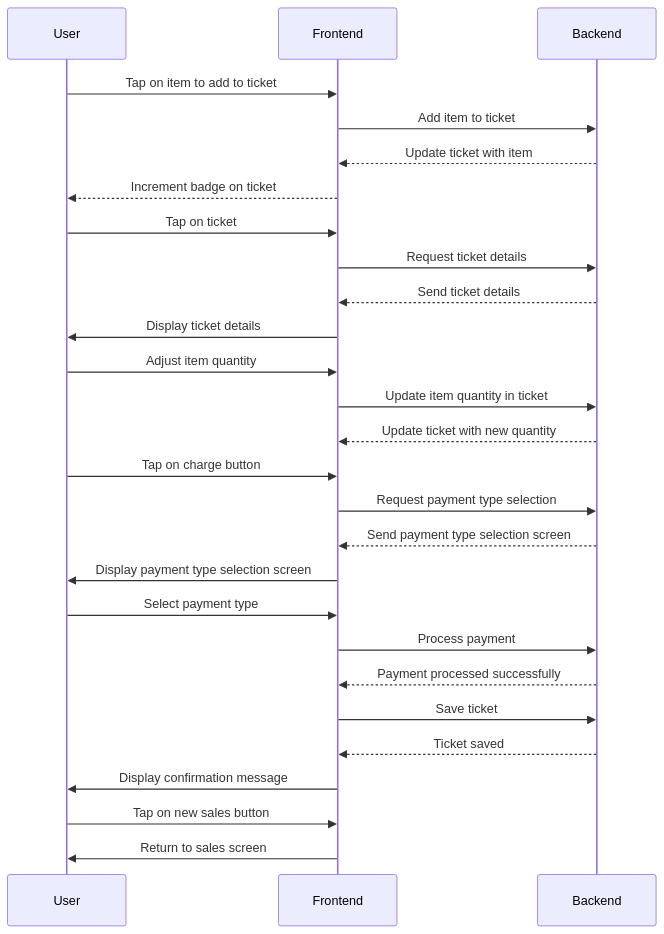
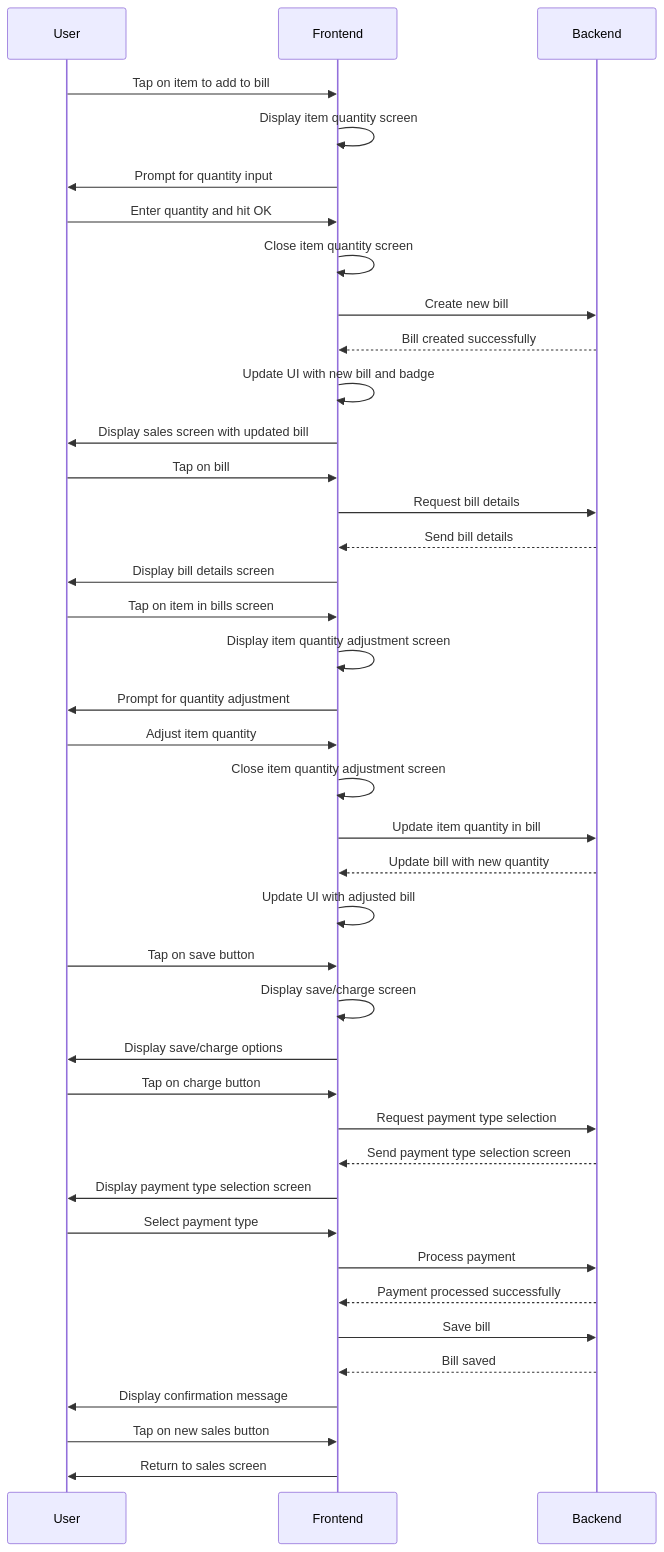
Before and after one commit to muhiddinjv/oserver: the second of 3 diagrams in README.md, drawn with Mermaid. The commit also changed other lines of this file and 14 other files, not shown here.

````diff
--- a/README.md
+++ b/README.md
@@ -260,36 +273,48 @@
 ```mermaid
 sequenceDiagram
     participant User
     participant Frontend as Frontend
     participant Backend as Backend
 
-    User ->> Frontend: Tap on item to add to ticket
-    Frontend ->> Backend: Add item to ticket
-    Backend -->> Frontend: Update ticket with item
-    Frontend -->> User: Increment badge on ticket
+    User ->> Frontend: Tap on item to add to bill
+    Frontend ->> Frontend: Display item quantity screen
+    Frontend ->> User: Prompt for quantity input
+    User ->> Frontend: Enter quantity and hit OK
+    Frontend ->> Frontend: Close item quantity screen
+    Frontend ->> Backend: Create new bill
+    Backend -->> Frontend: Bill created successfully
+    Frontend ->> Frontend: Update UI with new bill and badge
+    Frontend ->> User: Display sales screen with updated bill
 
-    User ->> Frontend: Tap on ticket
-    Frontend ->> Backend: Request ticket details
-    Backend -->> Frontend: Send ticket details
-    Frontend ->> User: Display ticket details
+    User ->> Frontend: Tap on bill
+    Frontend ->> Backend: Request bill details
+    Backend -->> Frontend: Send bill details
+    Frontend ->> User: Display bill details screen
 
+    User ->> Frontend: Tap on item in bills screen
+    Frontend ->> Frontend: Display item quantity adjustment screen
+    Frontend ->> User: Prompt for quantity adjustment
     User ->> Frontend: Adjust item quantity
-    Frontend ->> Backend: Update item quantity in ticket
-    Backend -->> Frontend: Update ticket with new quantity
+    Frontend ->> Frontend: Close item quantity adjustment screen
+    Frontend ->> Backend: Update item quantity in bill
+    Backend -->> Frontend: Update bill with new quantity
+    Frontend ->> Frontend: Update UI with adjusted bill
 
+    User ->> Frontend: Tap on save button
+    Frontend ->> Frontend: Display save/charge screen
+    Frontend ->> User: Display save/charge options
     User ->> Frontend: Tap on charge button
     Frontend ->> Backend: Request payment type selection
     Backend -->> Frontend: Send payment type selection screen
     Frontend ->> User: Display payment type selection screen
-
     User ->> Frontend: Select payment type
     Frontend ->> Backend: Process payment
     Backend -->> Frontend: Payment processed successfully
-    Frontend ->> Backend: Save ticket
-    Backend -->> Frontend: Ticket saved
+    Frontend ->> Backend: Save bill
+    Backend -->> Frontend: Bill saved
     Frontend ->> User: Display confirmation message
-
     User ->> Frontend: Tap on new sales button
     Frontend ->> User: Return to sales screen
 
+
 ```
````
